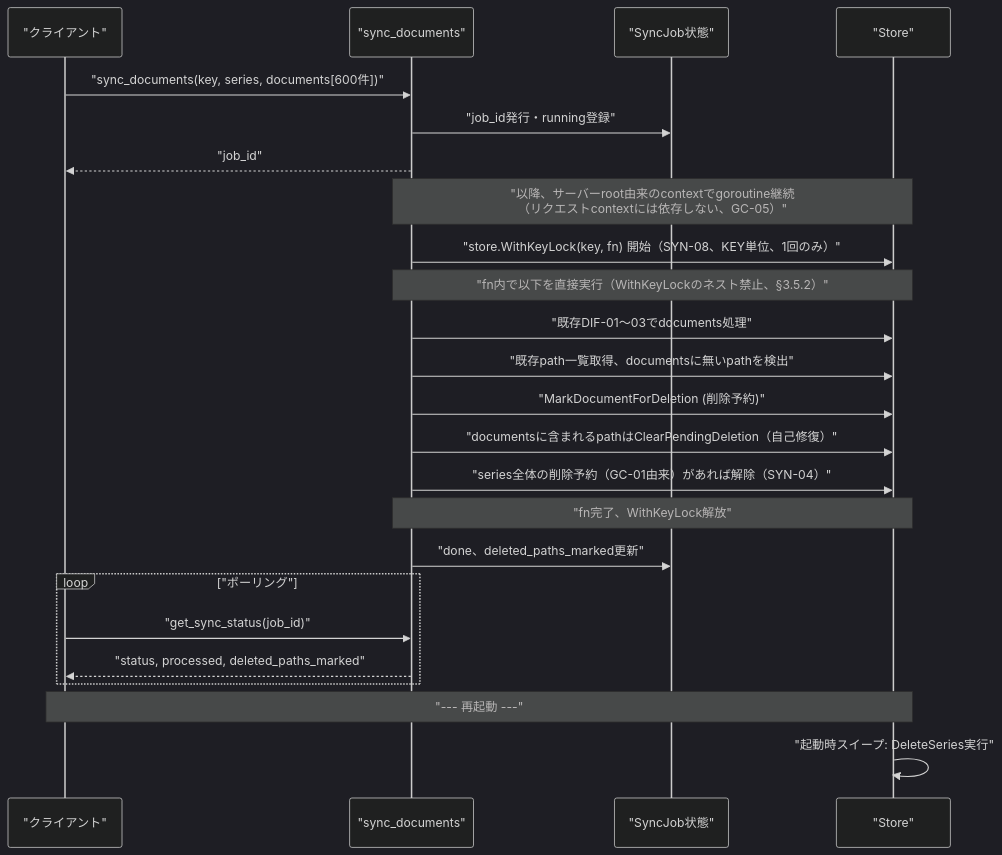
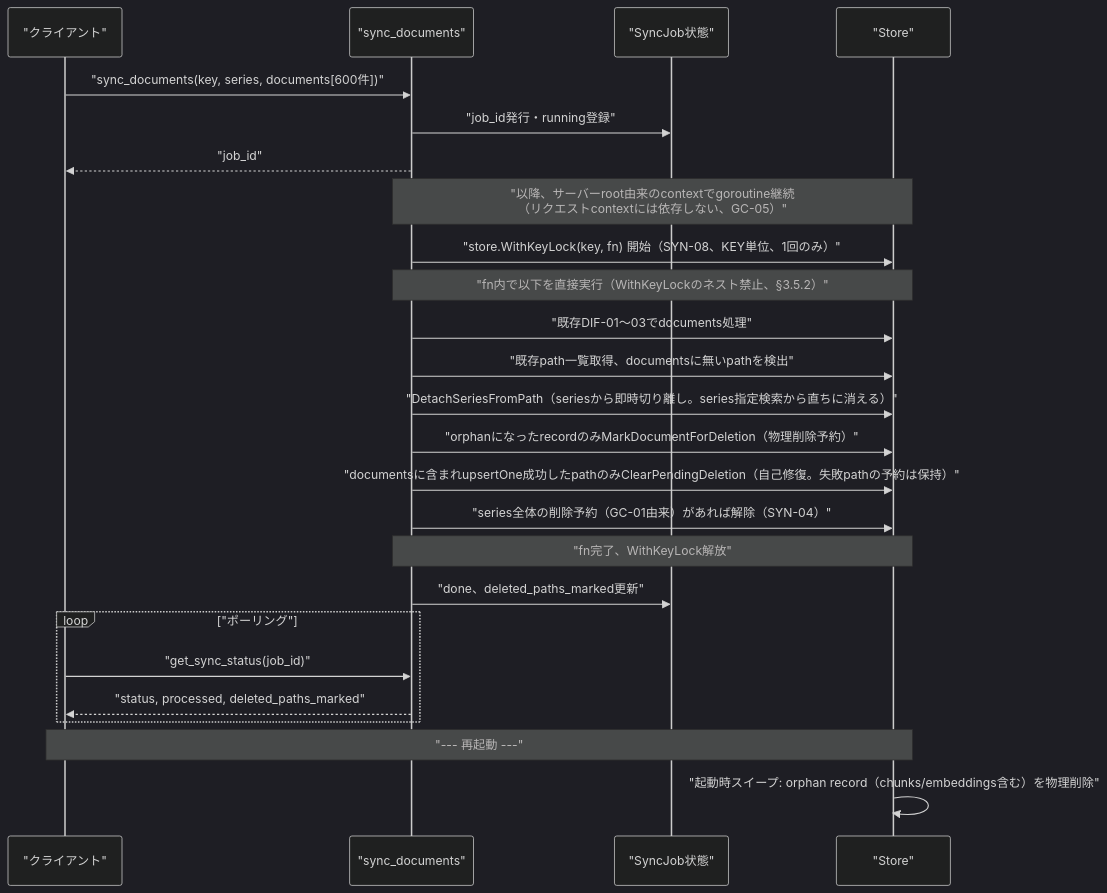
One commit to BlueEventHorizon/doc-db-mcp-server changed the second of 2 diagrams in docs/specs/sync-gc/design/DES-003_desired_state_sync_and_deferred_gc_design.md. Above: the diagram before and after it, drawn with Mermaid (dark theme). The commit also changed other lines of this file and 3 other files, not shown here.

Commit message:
docs: sync-gc レビュー対応（SYN-03 即時 series 切り離し・orphan リーク検証・Clear 実行条件）

````diff
--- a/docs/specs/sync-gc/design/DES-003_desired_state_sync_and_deferred_gc_design.md
+++ b/docs/specs/sync-gc/design/DES-003_desired_state_sync_and_deferred_gc_design.md
@@ -226,29 +244,30 @@
 ```mermaid
 sequenceDiagram
     participant C as "クライアント"
     participant S as "sync_documents"
     participant J as "SyncJob状態"
     participant D as "Store"
 
     C->>S: "sync_documents(key, series, documents[600件])"
     S->>J: "job_id発行・running登録"
     S-->>C: "job_id"
     Note over S,D: "以降、サーバーroot由来のcontextでgoroutine継続<br/>（リクエストcontextには依存しない、GC-05）"
     S->>D: "store.WithKeyLock(key, fn) 開始（SYN-08、KEY単位、1回のみ）"
     Note over S,D: "fn内で以下を直接実行（WithKeyLockのネスト禁止、§3.5.2）"
     S->>D: "既存DIF-01〜03でdocuments処理"
     S->>D: "既存path一覧取得、documentsに無いpathを検出"
-    S->>D: "MarkDocumentForDeletion (削除予約)"
-    S->>D: "documentsに含まれるpathはClearPendingDeletion（自己修復）"
+    S->>D: "DetachSeriesFromPath（seriesから即時切り離し。series指定検索から直ちに消える）"
+    S->>D: "orphanになったrecordのみMarkDocumentForDeletion（物理削除予約）"
+    S->>D: "documentsに含まれupsertOne成功したpathのみClearPendingDeletion（自己修復。失敗pathの予約は保持）"
     S->>D: "series全体の削除予約（GC-01由来）があれば解除（SYN-04）"
     Note over S,D: "fn完了、WithKeyLock解放"
     S->>J: "done、deleted_paths_marked更新"
 
     loop "ポーリング"
         C->>S: "get_sync_status(job_id)"
         S-->>C: "status, processed, deleted_paths_marked"
     end
 
     Note over C,D: "--- 再起動 ---"
-    D->>D: "起動時スイープ: DeleteSeries実行"
+    D->>D: "起動時スイープ: orphan record（chunks/embeddings含む）を物理削除"
 ```
````
